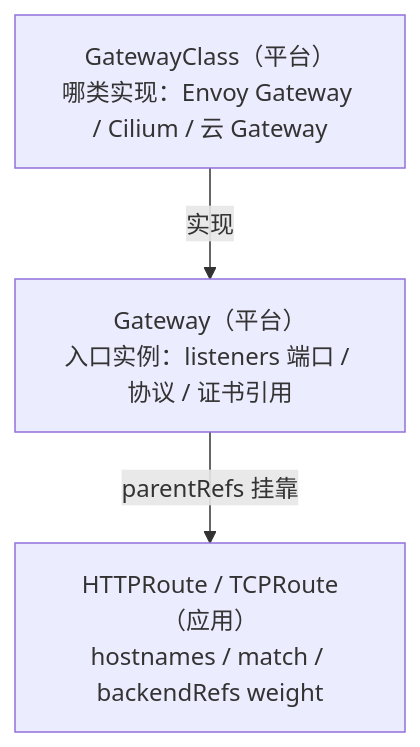
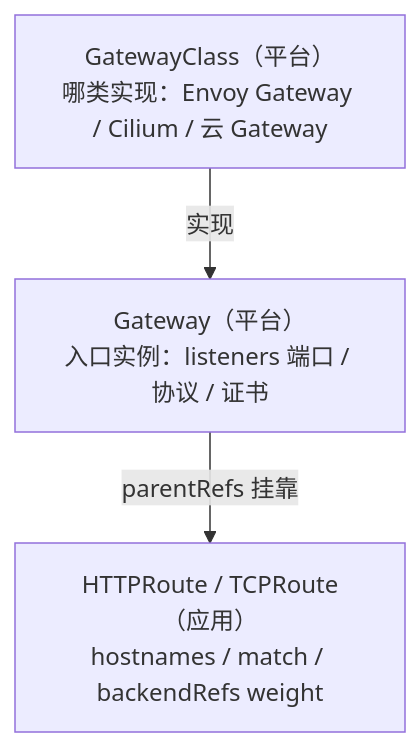
The fourth of 5 diagrams in 03-Kubernetes/15-Ingress与流量管理/知识点.md (ml-cuizijun/LearnToLilith), drawn with Mermaid before and after one commit. The commit also changed other lines of this file and 178 other files, not shown here.

````diff
--- a/03-Kubernetes/15-Ingress与流量管理/知识点.md
+++ b/03-Kubernetes/15-Ingress与流量管理/知识点.md
@@ -456,8 +485,8 @@
 ```mermaid
 flowchart TB
     GC["GatewayClass（平台）<br/>哪类实现：Envoy Gateway / Cilium / 云 Gateway"]
-    GW["Gateway（平台）<br/>入口实例：listeners 端口 / 协议 / 证书引用"]
+    GW["Gateway（平台）<br/>入口实例：listeners 端口 / 协议 / 证书"]
     RT["HTTPRoute / TCPRoute（应用）<br/>hostnames / match / backendRefs weight"]
     GC -->|实现| GW
     GW -->|parentRefs 挂靠| RT
 ```
````
